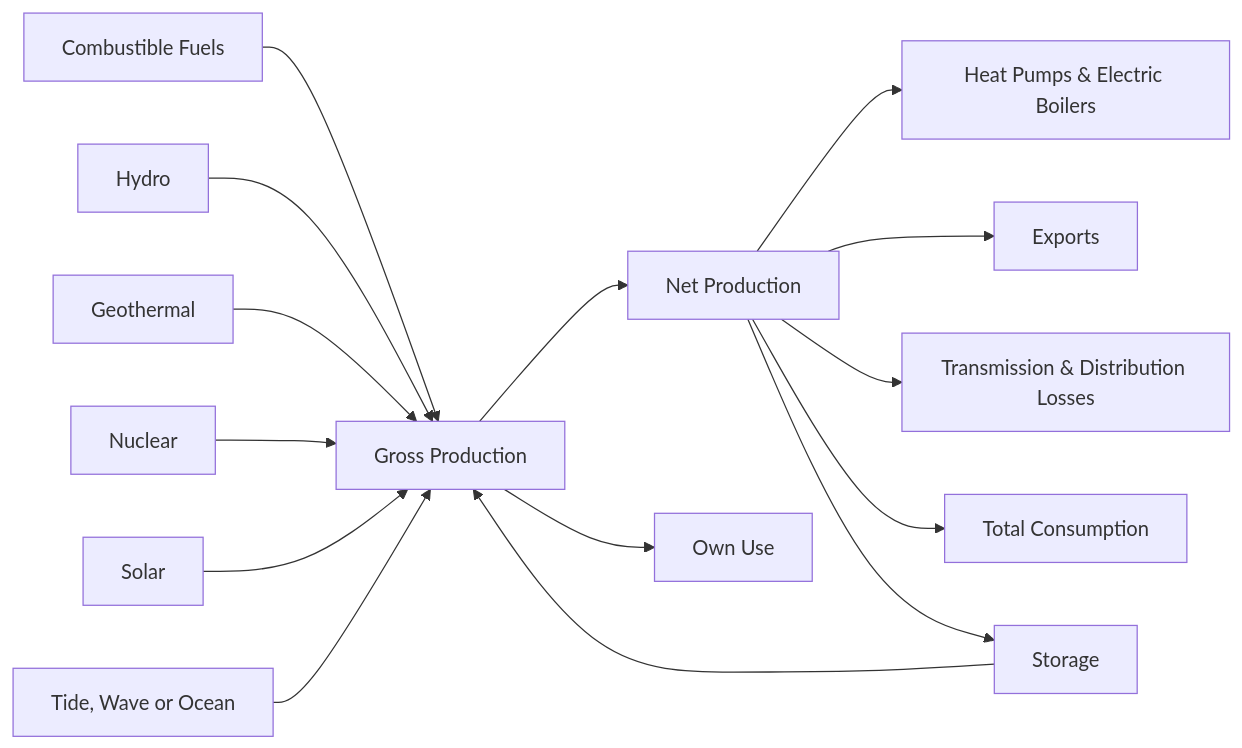
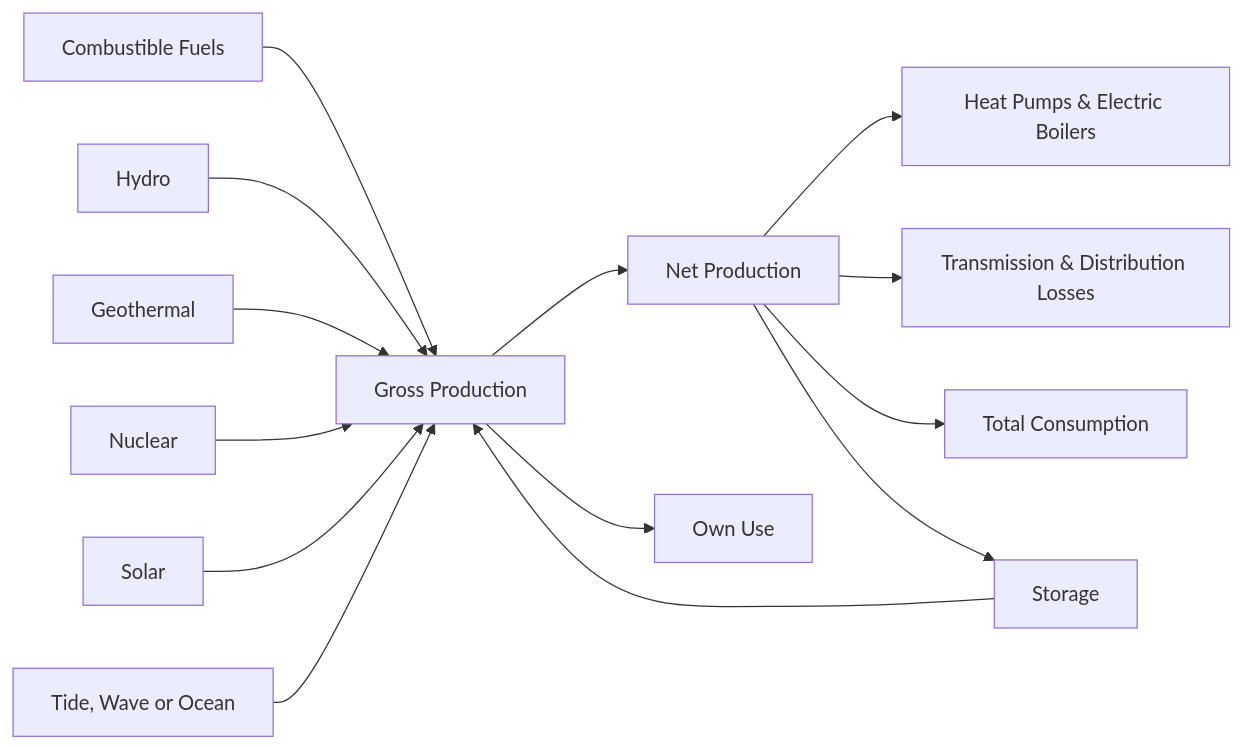
One commit to Epic-Institute/positive-disruption changed the second of 3 diagrams in README.md. Above: the diagram before and after it, drawn with Mermaid. The commit also changed other lines of this file, not shown here.

````diff
--- a/README.md
+++ b/README.md
@@ -3,16 +13,15 @@
 ```mermaid
-graph LR;
-   A[Combustible Fuels]--> G[Gross Production];
-   B[Hydro] --> G;
-   C[Geothermal]--> G;
-   D[Nuclear]--> G;
-   E[Solar]--> G;
-   F[Tide, Wave or Ocean] --> G;
-   G --> I[Net Production];
-   I-->J[Heat Pumps & Electric Boilers];
-   I-->N[Exports];
-   I-->O[Transmission & Distribution Losses];
-   I-->M[Total Consumption];
-   I-->K[Storage]-->G;
-   G--> H[Own Use];
+graph LR
+   A[Combustible Fuels]--> G[Gross Production]
+   B[Hydro] --> G
+   C[Geothermal]--> G
+   D[Nuclear]--> G
+   E[Solar]--> G
+   F[Tide, Wave or Ocean] --> G
+   G --> I[Net Production]
+   I-->J[Heat Pumps & Electric Boilers]
+   I-->O[Transmission & Distribution Losses]
+   I-->M[Total Consumption]
+   I-->K[Storage]-->G
+   G--> H[Own Use]
 ```
````
